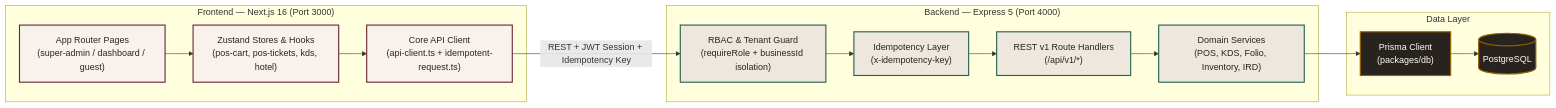
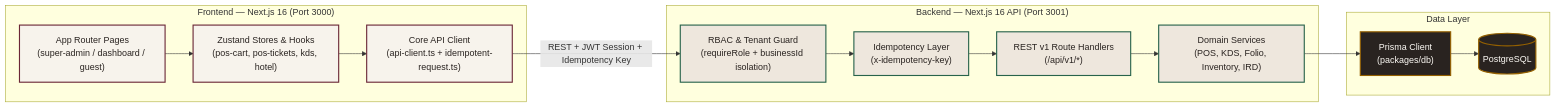
One commit to dynamatrixsolution-hash/pos changed the second of 3 diagrams in README.md. Above: the diagram before and after it, drawn with Mermaid. The commit also changed other lines of this file and 2 other files, not shown here.

Commit message:
chore(deploy): enable Next.js standalone output for Docker and fix backend port in README

````diff
--- a/README.md
+++ b/README.md
@@ -89,30 +89,30 @@
 ```mermaid
 flowchart LR
     classDef client fill:#F7F3EC,stroke:#6B2837,color:#292320,stroke-width:2px
     classDef api fill:#EEE7DD,stroke:#28634B,color:#292320,stroke-width:2px
     classDef data fill:#292320,stroke:#946000,color:#FFFCF7,stroke-width:2px
 
     subgraph FE["Frontend — Next.js 16 (Port 3000)"]
         Pages["App Router Pages<br/>(super-admin / dashboard / guest)"]:::client
         Stores["Zustand Stores & Hooks<br/>(pos-cart, pos-tickets, kds, hotel)"]:::client
         Repo["Core API Client<br/>(api-client.ts + idempotent-request.ts)"]:::client
         Pages --> Stores --> Repo
     end
 
-    subgraph BE["Backend — Express 5 (Port 4000)"]
+    subgraph BE["Backend — Next.js 16 API (Port 3001)"]
         Guard["RBAC & Tenant Guard<br/>(requireRole + businessId isolation)"]:::api
         Idem["Idempotency Layer<br/>(x-idempotency-key)"]:::api
         Routes["REST v1 Route Handlers<br/>(/api/v1/*)"]:::api
         Services["Domain Services<br/>(POS, KDS, Folio, Inventory, IRD)"]:::api
         Guard --> Idem --> Routes --> Services
     end
 
     subgraph DB["Data Layer"]
         Prisma["Prisma Client<br/>(packages/db)"]:::data
         PG[("PostgreSQL")]:::data
         Prisma --> PG
     end
 
     Repo -- "REST + JWT Session + Idempotency Key" --> Guard
     Services --> Prisma
 ```
````
